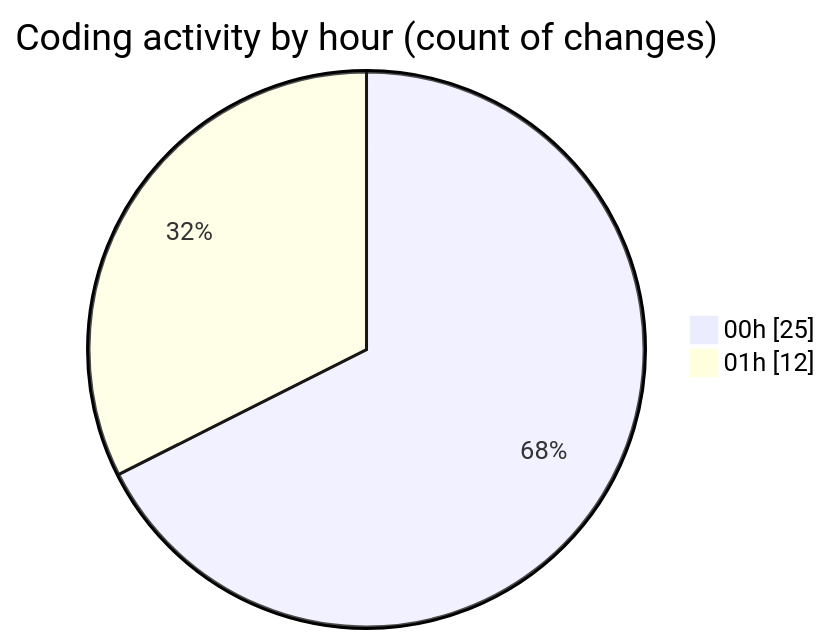
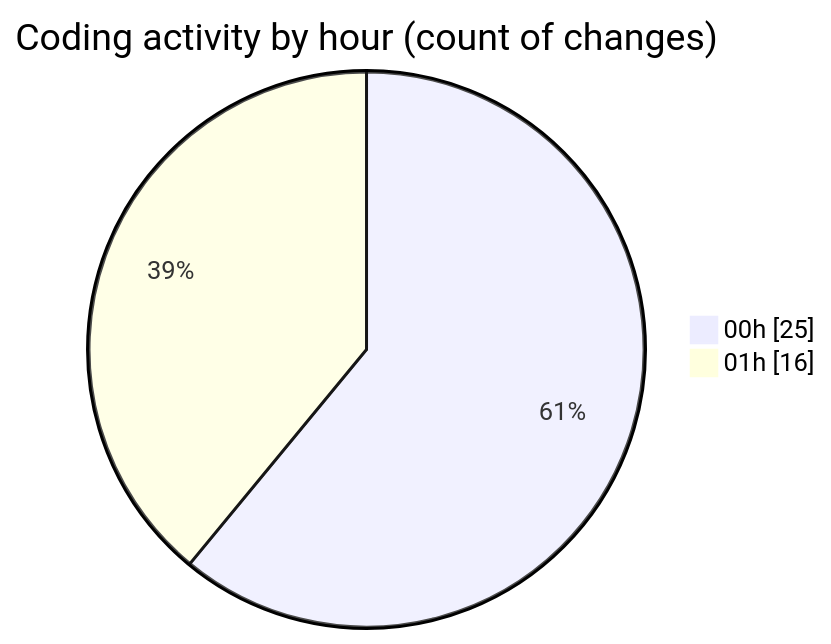
Before and after one commit to EIIisD/code-tracking: the second of 2 diagrams in 2025-07-18/ribbon/README.md, drawn with Mermaid. The commit also changed other lines of this file and 1 other file, not shown here.

````diff
--- a/2025-07-18/ribbon/README.md
+++ b/2025-07-18/ribbon/README.md
@@ -36,6 +36,6 @@
 ```mermaid
 pie showData
 title Coding activity by hour (count of changes)
 "00h" : 25
-"01h" : 12
+"01h" : 16
 ```
````
